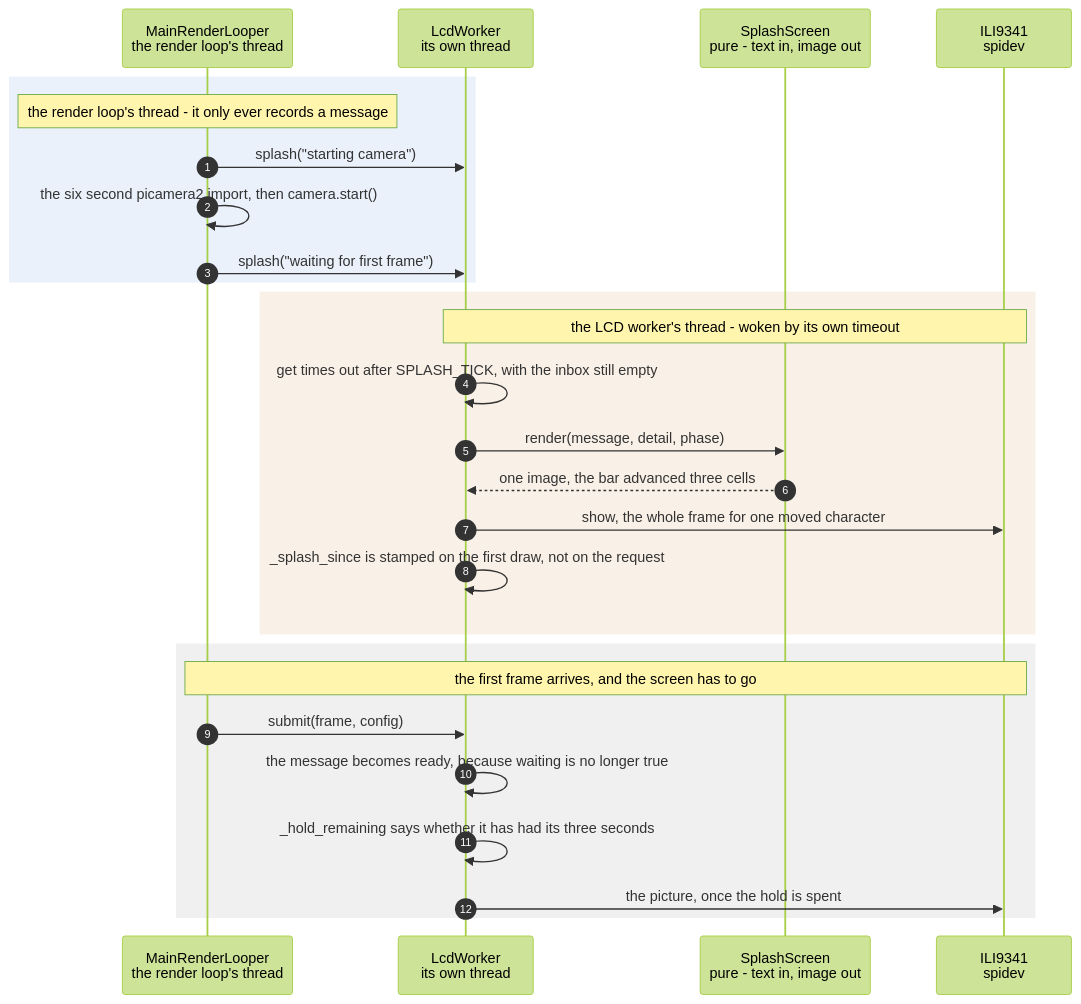
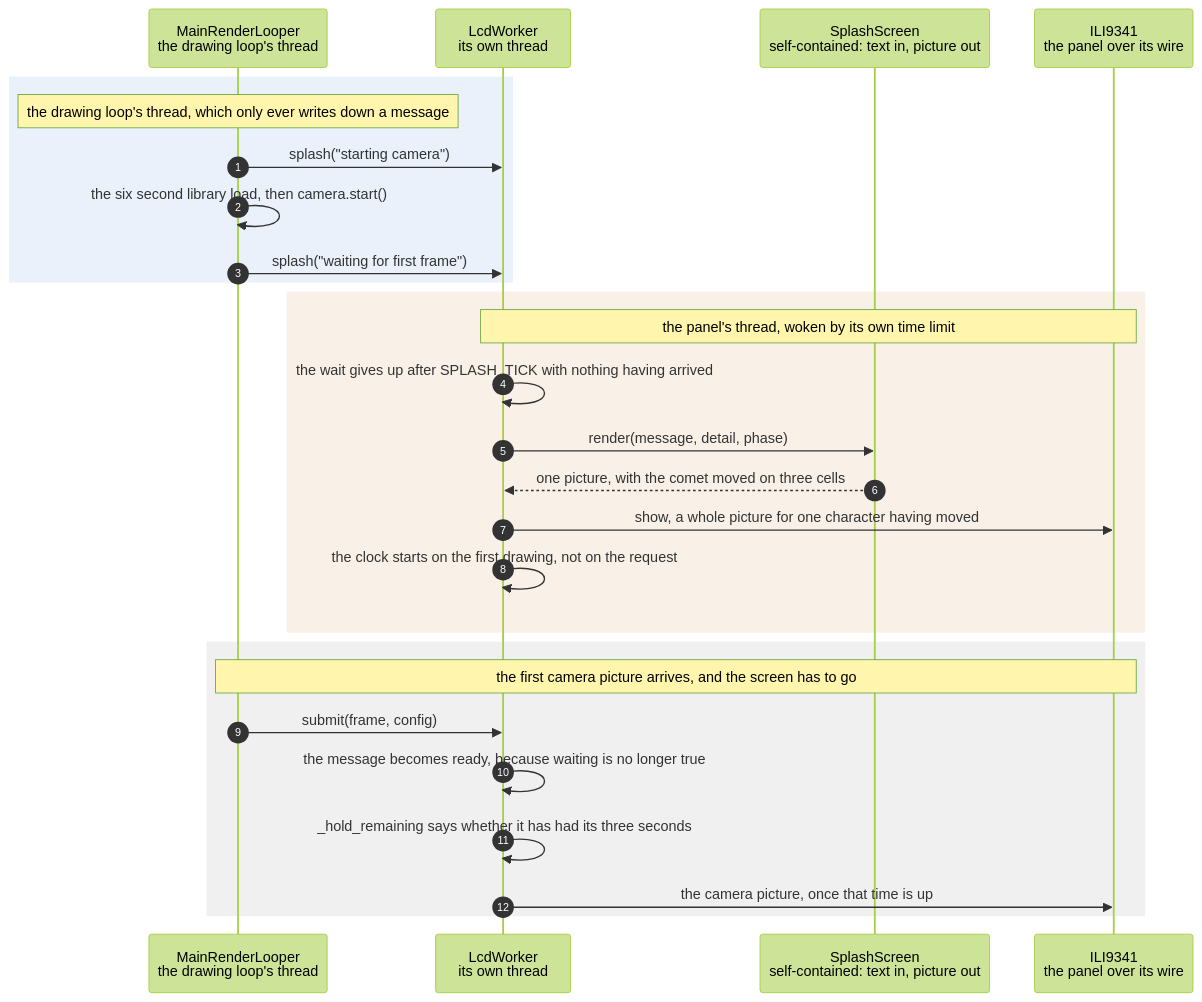
Before and after one commit to replicant1/AsciiArt-Pi: the diagram in docs/scenarios/the-spi-panel-shows-a-start-up-screen-before-the-first-camera-frame.md, drawn with Mermaid (forest theme). The commit also changed other lines of this file and 4 other files, not shown here.

````diff
--- a/docs/scenarios/the-spi-panel-shows-a-start-up-screen-before-the-first-camera-frame.md
+++ b/docs/scenarios/the-spi-panel-shows-a-start-up-screen-before-the-first-camera-frame.md
@@ -46,30 +61,30 @@
 ```mermaid
 sequenceDiagram
     autonumber
-    participant App as MainRenderLooper<br/>the render loop's thread
+    participant App as MainRenderLooper<br/>the drawing loop's thread
     participant W as LcdWorker<br/>its own thread
-    participant Sp as SplashScreen<br/>pure - text in, image out
-    participant Panel as ILI9341<br/>spidev
+    participant Sp as SplashScreen<br/>self-contained: text in, picture out
+    participant Panel as ILI9341<br/>the panel over its wire
 
     rect rgba(80, 140, 220, 0.12)
-        note over App: the render loop's thread - it only ever records a message
+        note over App: the drawing loop's thread, which only ever writes down a message
         App->>W: splash("starting camera")
-        App->>App: the six second picamera2 import, then camera.start()
+        App->>App: the six second library load, then camera.start()
         App->>W: splash("waiting for first frame")
     end
     rect rgba(200, 140, 60, 0.12)
-        note over W, Panel: the LCD worker's thread - woken by its own timeout
-        W->>W: get times out after SPLASH_TICK, with the inbox still empty
+        note over W, Panel: the panel's thread, woken by its own time limit
+        W->>W: the wait gives up after SPLASH_TICK with nothing having arrived
         W->>Sp: render(message, detail, phase)
-        Sp-->>W: one image, the bar advanced three cells
-        W->>Panel: show, the whole frame for one moved character
-        W->>W: _splash_since is stamped on the first draw, not on the request
+        Sp-->>W: one picture, with the comet moved on three cells
+        W->>Panel: show, a whole picture for one character having moved
+        W->>W: the clock starts on the first drawing, not on the request
     end
     rect rgba(128, 128, 128, 0.12)
-        note over App, Panel: the first frame arrives, and the screen has to go
+        note over App, Panel: the first camera picture arrives, and the screen has to go
         App->>W: submit(frame, config)
         W->>W: the message becomes ready, because waiting is no longer true
         W->>W: _hold_remaining says whether it has had its three seconds
-        W->>Panel: the picture, once the hold is spent
+        W->>Panel: the camera picture, once that time is up
     end
 ```
````
